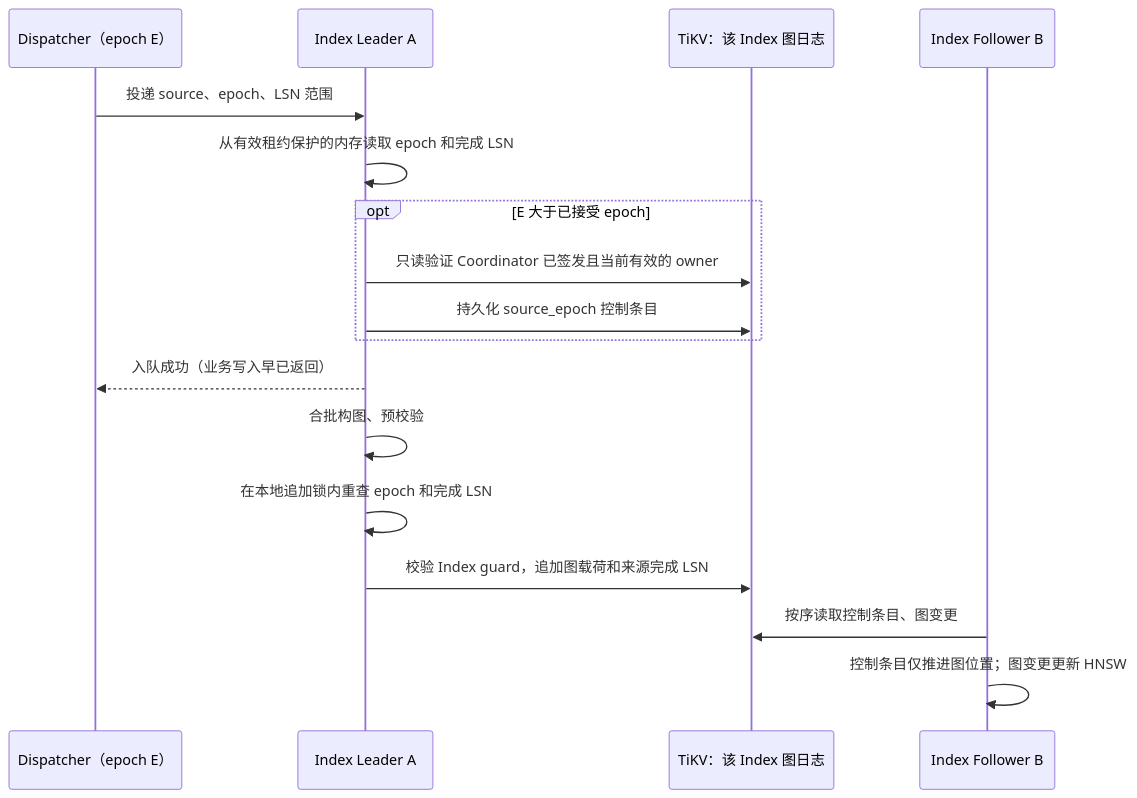
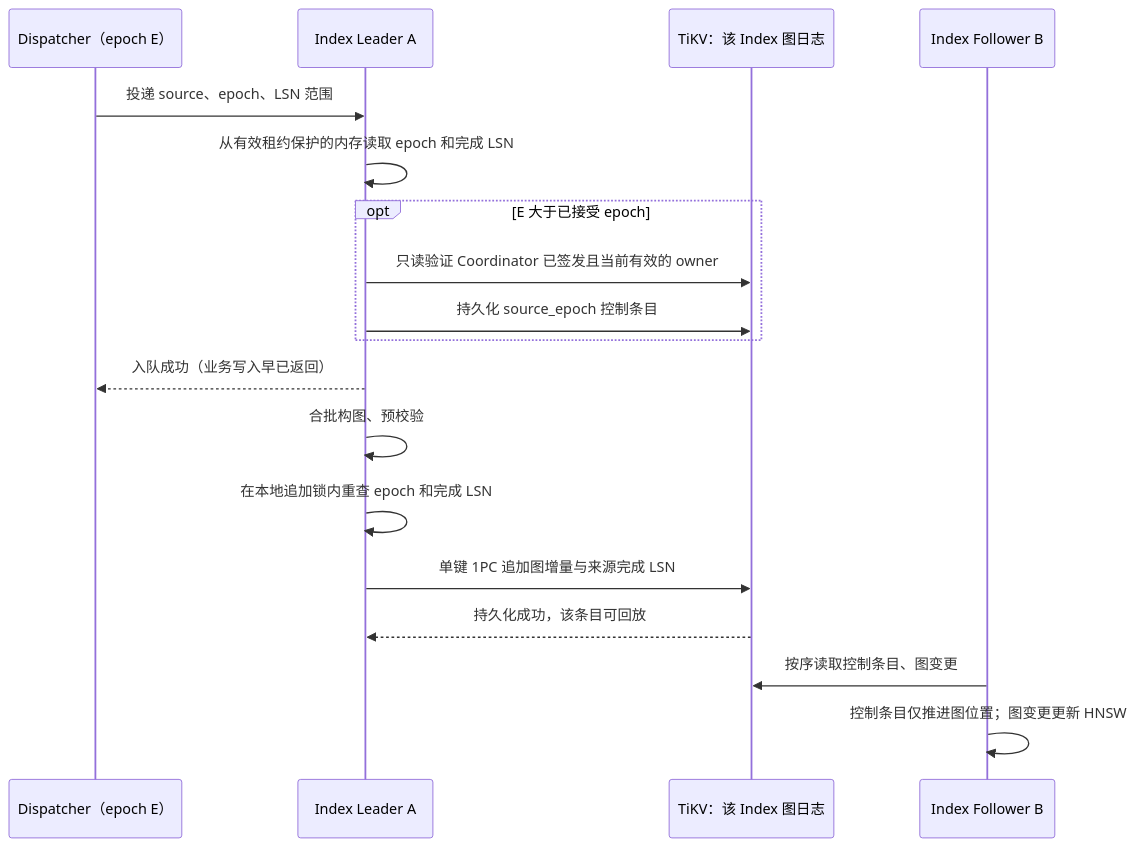
Before and after one commit to youyou-myheart/vecdb: the second of 3 diagrams in GRAPH_JOURNAL.md, drawn with Mermaid. The commit also changed other lines of this file and 83 other files, not shown here.

````diff
--- a/GRAPH_JOURNAL.md
+++ b/GRAPH_JOURNAL.md
@@ -41,19 +45,20 @@
 ```mermaid
 sequenceDiagram
     participant D as Dispatcher（epoch E）
     participant A as Index Leader A
     participant K as TiKV：该 Index 图日志
     participant B as Index Follower B
     D->>A: 投递 source、epoch、LSN 范围
     A->>A: 从有效租约保护的内存读取 epoch 和完成 LSN
     opt E 大于已接受 epoch
         A->>K: 只读验证 Coordinator 已签发且当前有效的 owner
         A->>K: 持久化 source_epoch 控制条目
     end
     A-->>D: 入队成功（业务写入早已返回）
     A->>A: 合批构图、预校验
     A->>A: 在本地追加锁内重查 epoch 和完成 LSN
-    A->>K: 校验 Index guard，追加图载荷和来源完成 LSN
+    A->>K: 单键 1PC 追加图增量与来源完成 LSN
+    K-->>A: 持久化成功，该条目可回放
     B->>K: 按序读取控制条目、图变更
     B->>B: 控制条目仅推进图位置；图变更更新 HNSW
 ```
````
